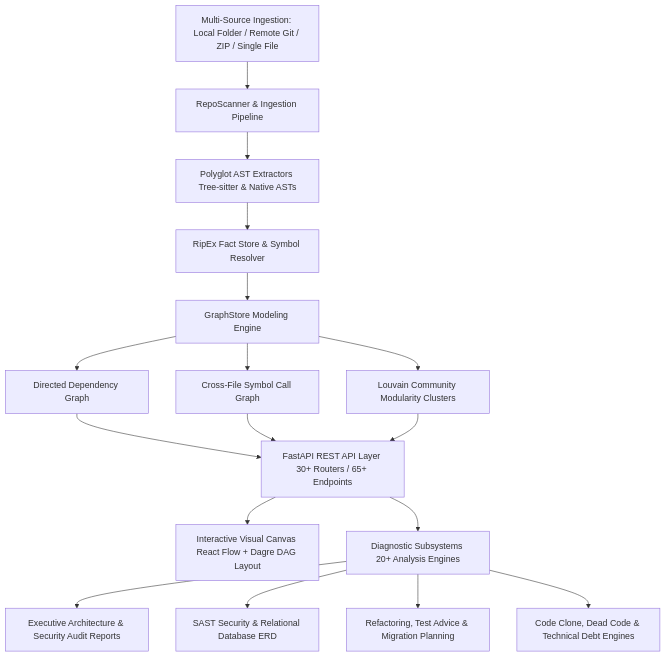
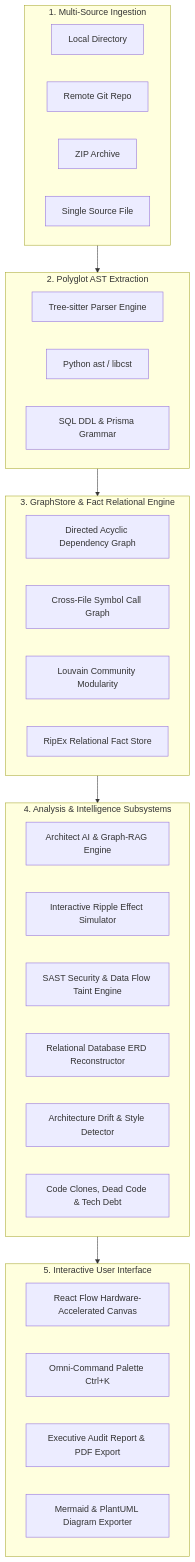
Before and after one commit to Dhyanesh2603/Nous: the diagram in README.md, drawn with Mermaid. The commit also changed other lines of this file, not shown here.

````diff
--- a/README.md
+++ b/README.md
@@ -18,21 +30,43 @@
 ```mermaid
 graph TD
-    A[Multi-Source Ingestion: Local Folder / Remote Git / ZIP / Single File] --> B[RepoScanner & Ingestion Pipeline]
-    B --> C[Polyglot AST Extractors Tree-sitter & Native ASTs]
-    C --> D[RipEx Fact Store & Symbol Resolver]
-    D --> E[GraphStore Modeling Engine]
-    
-    E --> F[Directed Dependency Graph]
-    E --> G[Cross-File Symbol Call Graph]
-    E --> H[Louvain Community Modularity Clusters]
-    
-    F & G & H --> I[FastAPI REST API Layer 30+ Routers / 65+ Endpoints]
-    
-    I --> J[Interactive Visual Canvas React Flow + Dagre DAG Layout]
-    I --> K[Diagnostic Subsystems 20+ Analysis Engines]
-    
-    K --> L[Executive Architecture & Security Audit Reports]
-    K --> M[SAST Security & Relational Database ERD]
-    K --> N[Refactoring, Test Advice & Migration Planning]
-    K --> O[Code Clone, Dead Code & Technical Debt Engines]
+    subgraph Ingestion ["1. Multi-Source Ingestion"]
+        A1[Local Directory]
+        A2[Remote Git Repo]
+        A3[ZIP Archive]
+        A4[Single Source File]
+    end
+
+    subgraph Parsing ["2. Polyglot AST Extraction"]
+        B1[Tree-sitter Parser Engine]
+        B2[Python ast / libcst]
+        B3[SQL DDL & Prisma Grammar]
+    end
+
+    subgraph Modeling ["3. GraphStore & Fact Relational Engine"]
+        C1[Directed Acyclic Dependency Graph]
+        C2[Cross-File Symbol Call Graph]
+        C3[Louvain Community Modularity]
+        C4[RipEx Relational Fact Store]
+    end
+
+    subgraph Diagnostics ["4. Analysis & Intelligence Subsystems"]
+        D1[Architect AI & Graph-RAG Engine]
+        D2[Interactive Ripple Effect Simulator]
+        D3[SAST Security & Data Flow Taint Engine]
+        D4[Relational Database ERD Reconstructor]
+        D5[Architecture Drift & Style Detector]
+        D6[Code Clones, Dead Code & Tech Debt]
+    end
+
+    subgraph Presentation ["5. Interactive User Interface"]
+        E1[React Flow Hardware-Accelerated Canvas]
+        E2[Omni-Command Palette Ctrl+K]
+        E3[Executive Audit Report & PDF Export]
+        E4[Mermaid & PlantUML Diagram Exporter]
+    end
+
+    Ingestion --> Parsing
+    Parsing --> Modeling
+    Modeling --> Diagnostics
+    Diagnostics --> Presentation
 ```
````
